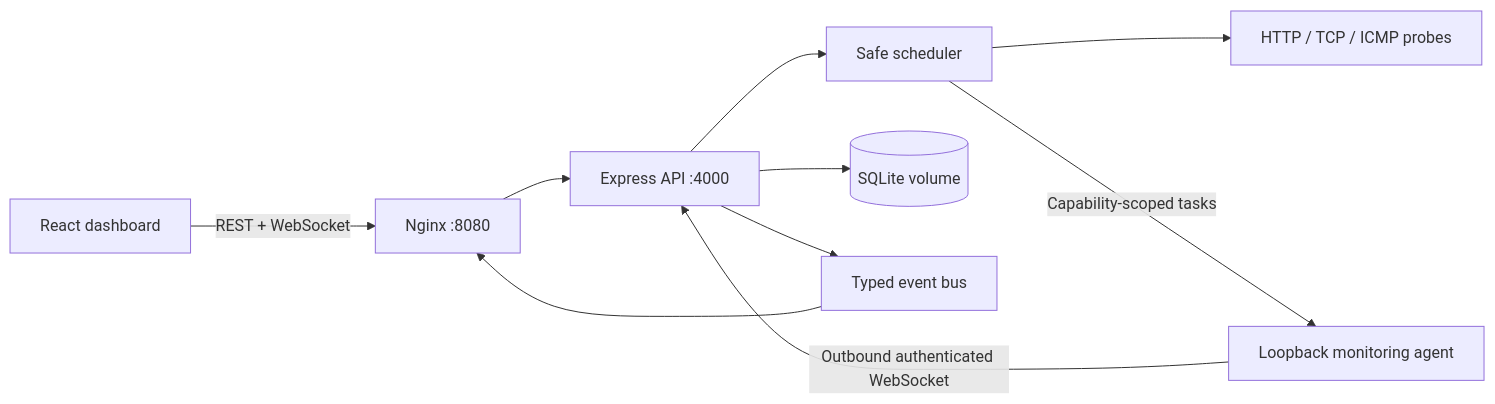
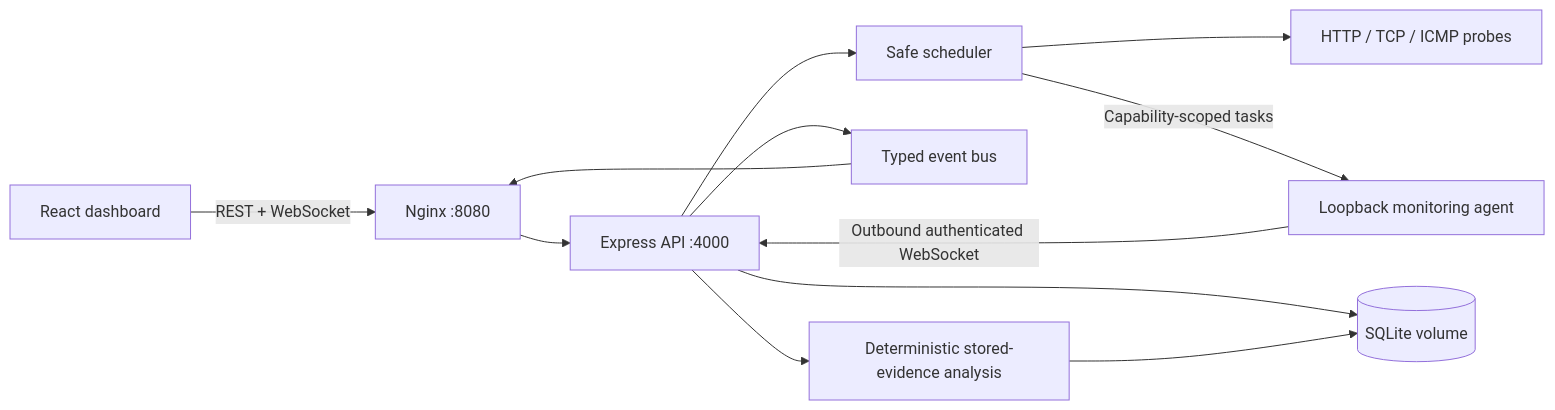
Before and after one commit to nonoleekr/NetPulse: the diagram in README.md, drawn with Mermaid. The commit also changed other lines of this file and 19 other files, not shown here.

First line of the commit message:
feat: implement deterministic evidence-based network analysis

````diff
--- a/README.md
+++ b/README.md
@@ -178,12 +188,14 @@
 ```mermaid
 flowchart LR
   Browser[React dashboard] -->|REST + WebSocket| Gateway[Nginx :8080]
   Gateway --> API[Express API :4000]
   API --> Scheduler[Safe scheduler]
   Scheduler --> Probes[HTTP / TCP / ICMP probes]
   API --> DB[(SQLite volume)]
   API --> Events[Typed event bus]
   Events --> Gateway
   Agent[Loopback monitoring agent] -->|Outbound authenticated WebSocket| API
   Scheduler -->|Capability-scoped tasks| Agent
+  API --> Analysis[Deterministic stored-evidence analysis]
+  Analysis --> DB
 ```
````
